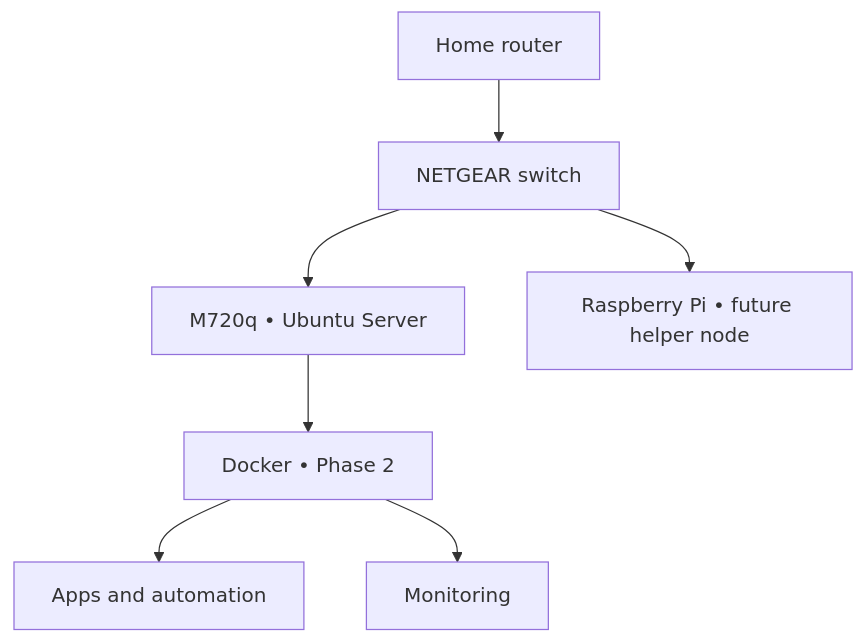
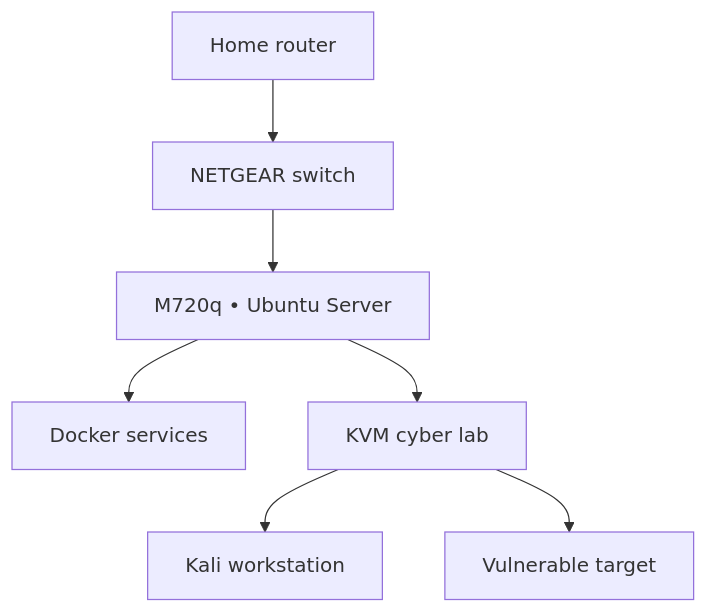
Before and after one commit to Vewiser/vision-node-prototype: the diagram in README.md, drawn with Mermaid. The commit also changed other lines of this file, not shown here.

Commit message:
docs: add isolated cyber lab module

````diff
--- a/README.md
+++ b/README.md
@@ -30,9 +28,9 @@
 ```mermaid
 flowchart TD
     R["Home router"] --> S["NETGEAR switch"]
     S --> V["M720q • Ubuntu Server"]
-    S --> PI["Raspberry Pi • future helper node"]
-    V --> D["Docker • Phase 2"]
-    D --> A["Apps and automation"]
-    D --> M["Monitoring"]
+    V --> D["Docker services"]
+    V --> K["KVM cyber lab"]
+    K --> A["Kali workstation"]
+    K --> T["Vulnerable target"]
 ```
````
